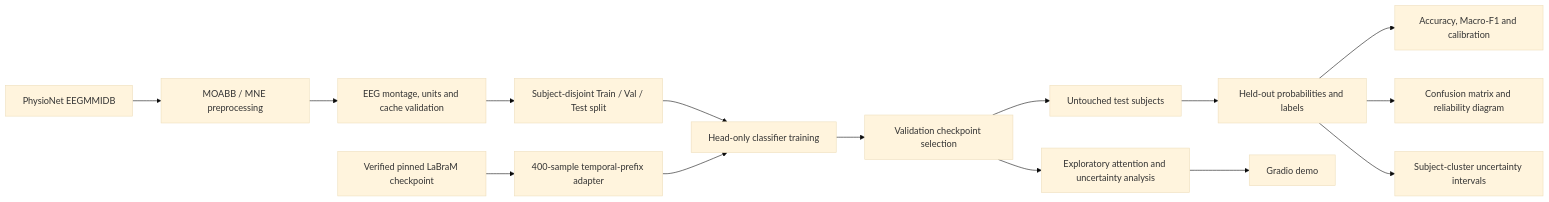
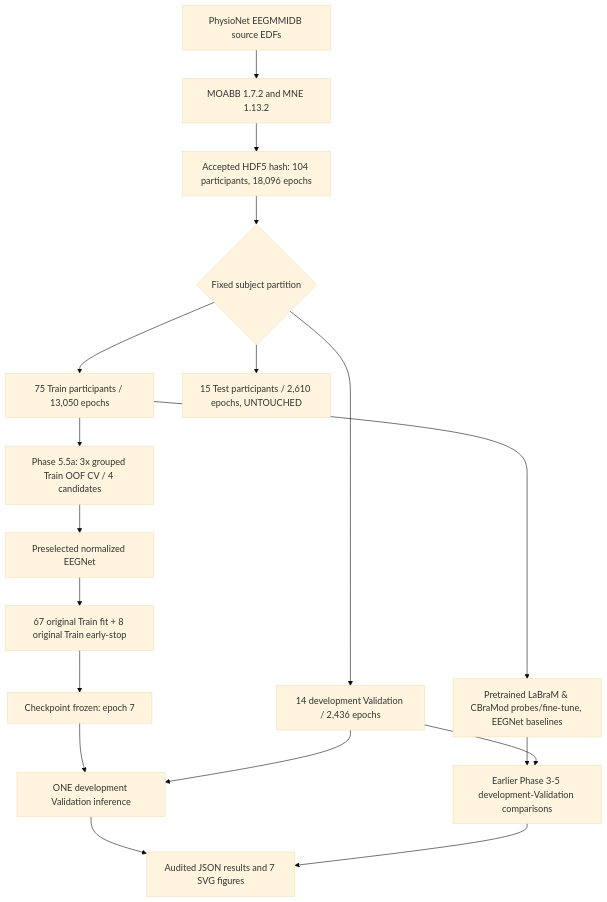
The diagram in docs/architecture.md (mohamad679/labram-mi-project), drawn with Mermaid (base theme) before and after one commit. The commit also changed other lines of this file, not shown here.

Commit message:
Replace hypothetical Test-evaluation architecture with actual closed, Test-embargoed study flow

````diff
--- a/docs/architecture.md
+++ b/docs/architecture.md
@@ -5,17 +7,20 @@
 ```mermaid
-flowchart LR
-    A[PhysioNet EEGMMIDB] --> B[MOABB / MNE preprocessing]
-    B --> C[EEG montage, units and cache validation]
-    C --> D[Subject-disjoint Train / Val / Test split]
-    E[Verified pinned LaBraM checkpoint] --> F[400-sample temporal-prefix adapter]
-    D --> G[Head-only classifier training]
-    F --> G
-    G --> H[Validation checkpoint selection]
-    H --> I[Untouched test subjects]
-    I --> J[Held-out probabilities and labels]
-    J --> K[Accuracy, Macro-F1 and calibration]
-    J --> L[Confusion matrix and reliability diagram]
-    J --> M[Subject-cluster uncertainty intervals]
-    H --> N[Exploratory attention and uncertainty analysis]
-    N --> O[Gradio demo]
+flowchart TD
+    A[PhysioNet EEGMMIDB source EDFs] --> B[MOABB 1.7.2 and MNE 1.13.2]
+    B --> C[Accepted HDF5 hash: 104 participants, 18,096 epochs]
+    C --> D{Fixed subject partition}
+    D --> T[75 Train participants / 13,050 epochs]
+    D --> V[14 development Validation / 2,436 epochs]
+    D --> X[15 Test participants / 2,610 epochs, UNTOUCHED]
+    T --> E[Pretrained LaBraM & CBraMod probes/fine-tune, EEGNet baselines]
+    T --> F[Phase 5.5a: 3x grouped Train OOF CV / 4 candidates]
+    F --> G[Preselected normalized EEGNet]
+    G --> H[67 original Train fit + 8 original Train early-stop]
+    H --> I[Checkpoint frozen: epoch 7]
+    I --> J[ONE development Validation inference]
+    V --> J
+    E --> K[Earlier Phase 3-5 development-Validation comparisons]
+    V --> K
+    J --> R[Audited JSON results and 7 SVG figures]
+    K --> R
 ```
````
